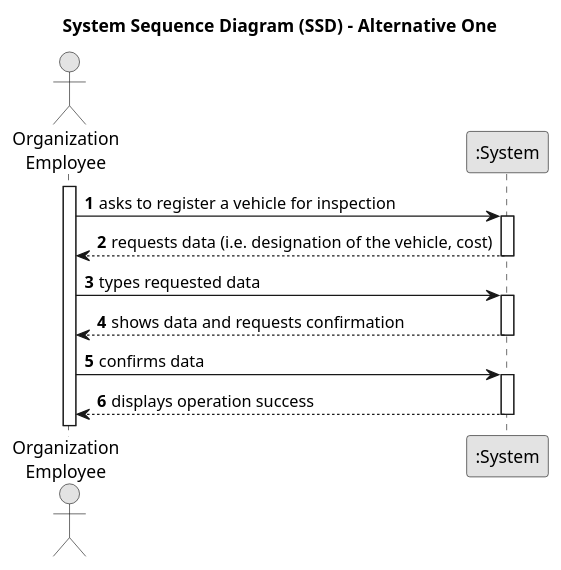
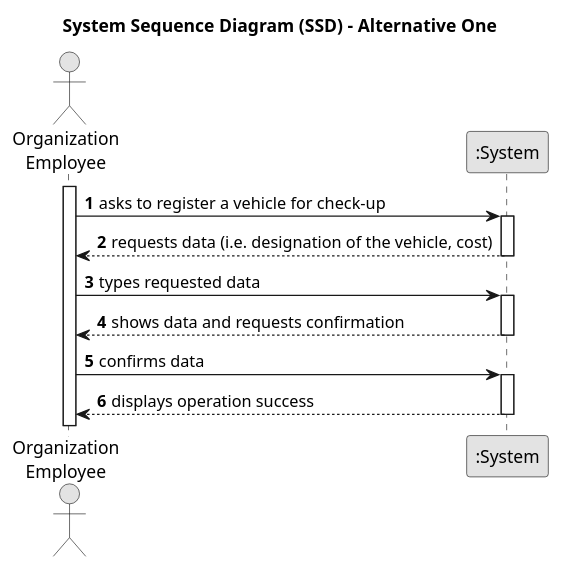
One commit to diogoveirospro/lei-24-s2-1dg-g072 changed the diagram in docs/sprintA/us007/01.requirements-engineering/puml/us007-system-sequence-diagram-alternative-one.puml. Above: the diagram before and after it, drawn with PlantUML. The commit also changed 5 other files, not shown here.

```diff
--- a/docs/sprintA/us007/01.requirements-engineering/puml/us007-system-sequence-diagram-alternative-one.puml
+++ b/docs/sprintA/us007/01.requirements-engineering/puml/us007-system-sequence-diagram-alternative-one.puml
@@ -1,33 +1,33 @@
 @startuml
 skinparam monochrome true
 skinparam packageStyle rectangle
 skinparam shadowing false
 
 title System Sequence Diagram (SSD) - Alternative One
 
 autonumber
 
 actor "Organization\nEmployee" as Employee
 participant ":System" as System
 
 activate Employee
 
-    Employee -> System : asks to register a vehicle for inspection
+    Employee -> System : asks to register a vehicle for check-up
     activate System
 
         System --> Employee : requests data (i.e. designation of the vehicle, cost)
     deactivate System
 
     Employee -> System : types requested data
     activate System
 
         System --> Employee : shows data and requests confirmation
     deactivate System
 
     Employee -> System : confirms data
     activate System
 
         System --> Employee : displays operation success
     deactivate System
 
 @enduml
```
